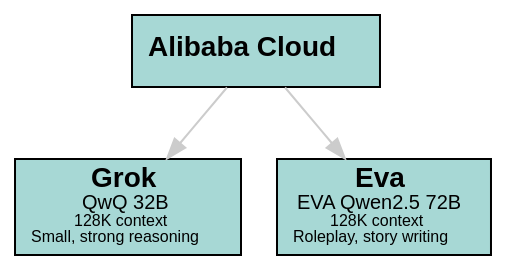
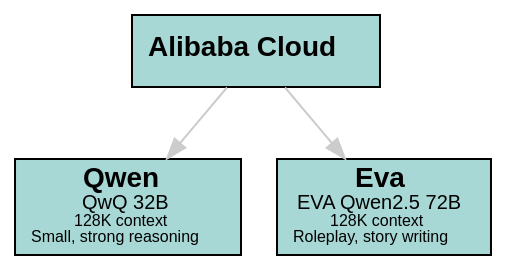
One commit to sswam/allemande changed the eighth of 12 diagrams in doc/guide.md. Above: the diagram before and after it, drawn with Graphviz. The commit also changed other lines of this file and 1 other file, not shown here.

````diff
--- a/doc/guide.md
+++ b/doc/guide.md
@@ -165,14 +167,14 @@
 ```dot
 digraph Alibaba {
     graph [bgcolor=transparent]
     edge [color="#CCCCCC"]
     node [shape=box, style=filled, fillcolor="#A7D8D5", fontname="Helvetica"]
 
     "Alibaba" [label=<<b>Alibaba Cloud</b>>]
-    "Qwen" [label=<<b>Grok</b><br/><font point-size="10">QwQ 32B</font><br/><font point-size="8">128K context</font><br/><font point-size="8">Small, strong reasoning</font>>]
+    "Qwen" [label=<<b>Qwen</b><br/><font point-size="10">QwQ 32B</font><br/><font point-size="8">128K context</font><br/><font point-size="8">Small, strong reasoning</font>>]
     "Eva" [label=<<b>Eva</b><br/><font point-size="10">EVA Qwen2.5 72B</font><br/><font point-size="8">128K context</font><br/><font point-size="8">Roleplay, story writing</font>>]
 
     "Alibaba" -> "Qwen"
     "Alibaba" -> "Eva"
 }
 ```
````
